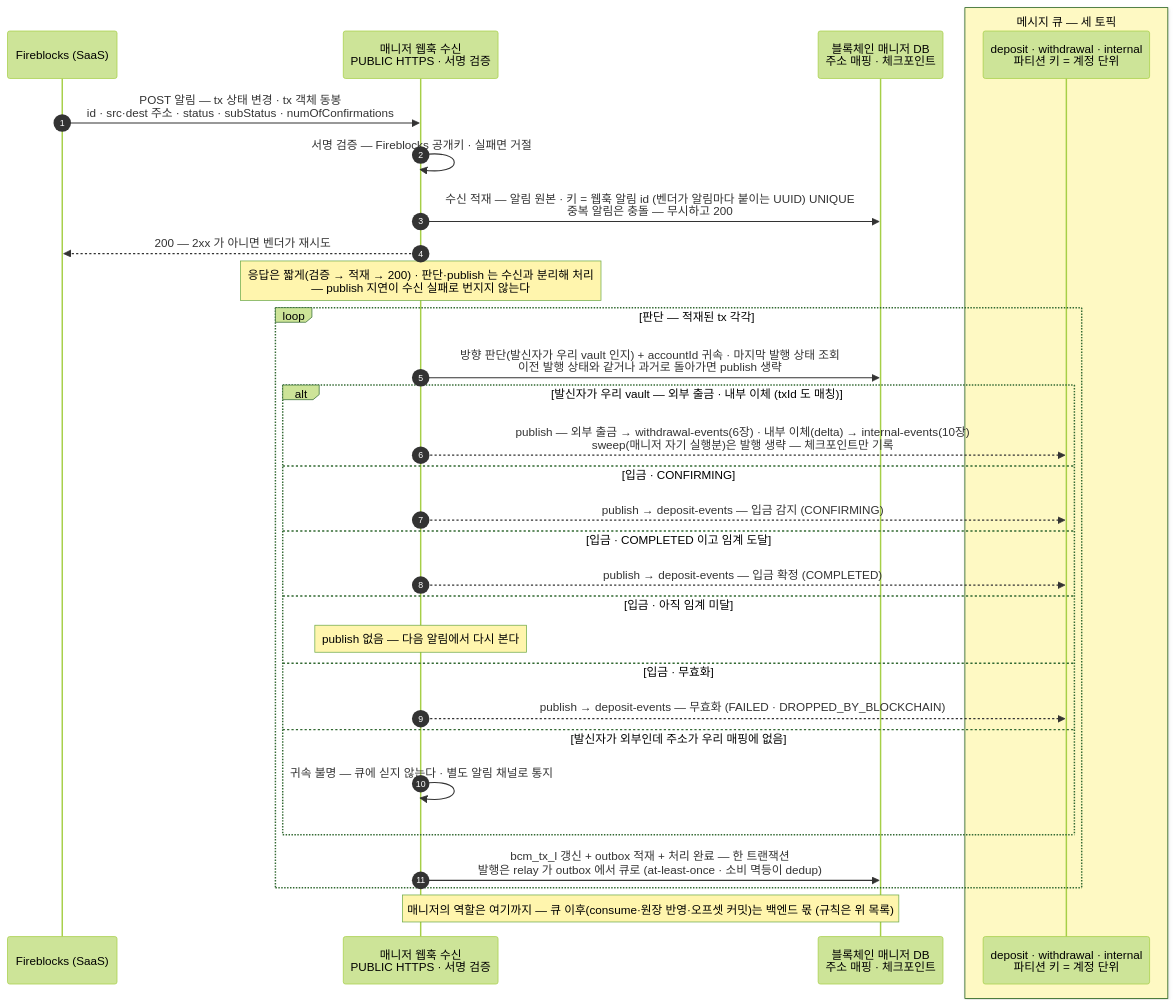
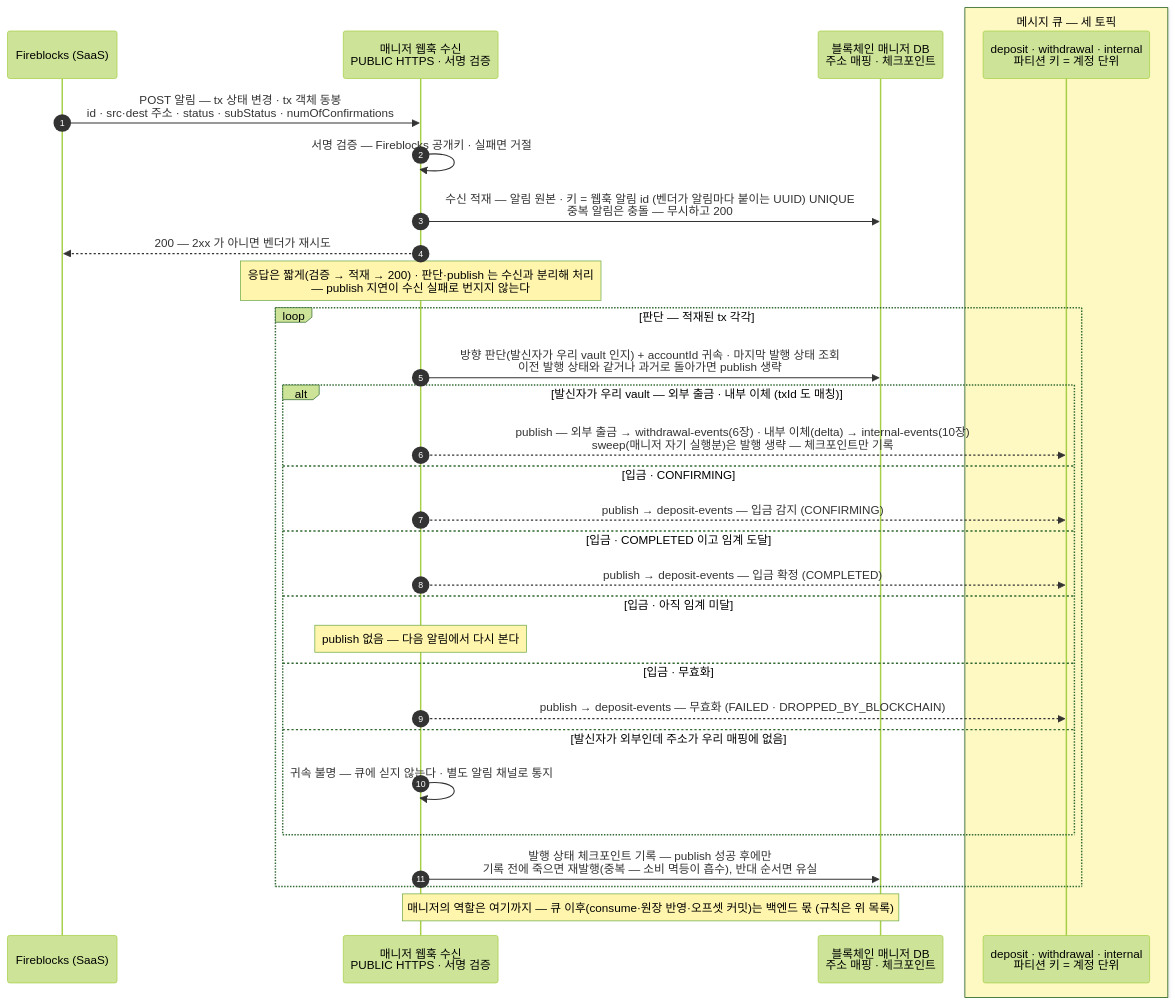
Before and after one commit to eunsujeo/eunpus: the first of 2 diagrams in blockchain-manager/docs/블록체인매니저/설계/04-detect-confirm.md, drawn with Mermaid (forest theme). The commit also changed other lines of this file and 4 other files, not shown here.

First line of the commit message:
감지 발행 단순화 — outbox·relay 제거, 워커 직접 발행(b)

````diff
--- a/blockchain-manager/docs/블록체인매니저/설계/04-detect-confirm.md
+++ b/blockchain-manager/docs/블록체인매니저/설계/04-detect-confirm.md
@@ -77,35 +77,35 @@
 ```mermaid
 sequenceDiagram
     autonumber
     participant FB as Fireblocks (SaaS)
     participant WH as 매니저 웹훅 수신<br/>PUBLIC HTTPS · 서명 검증
     participant MDB as 블록체인 매니저 DB<br/>주소 매핑 · 체크포인트
     box rgb(254,249,195) 메시지 큐 — 세 토픽
     participant MQ as deposit · withdrawal · internal<br/>파티션 키 = 계정 단위
     end
 
     FB->>WH: POST 알림 — tx 상태 변경 · tx 객체 동봉<br/>id · src·dest 주소 · status · subStatus · numOfConfirmations
     WH->>WH: 서명 검증 — Fireblocks 공개키 · 실패면 거절
     WH->>MDB: 수신 적재 — 알림 원본 · 키 = 웹훅 알림 id (벤더가 알림마다 붙이는 UUID) UNIQUE<br/>중복 알림은 충돌 — 무시하고 200
     WH-->>FB: 200 — 2xx 가 아니면 벤더가 재시도
     Note over WH: 응답은 짧게(검증 → 적재 → 200) · 판단·publish 는 수신과 분리해 처리<br/>— publish 지연이 수신 실패로 번지지 않는다
 
     loop 판단 — 적재된 tx 각각
         WH->>MDB: 방향 판단(발신자가 우리 vault 인지) + accountId 귀속 · 마지막 발행 상태 조회<br/>이전 발행 상태와 같거나 과거로 돌아가면 publish 생략
         alt 발신자가 우리 vault — 외부 출금 · 내부 이체 (txId 도 매칭)
             WH-->>MQ: publish — 외부 출금 → withdrawal-events(6장) · 내부 이체(delta) → internal-events(10장)<br/>sweep(매니저 자기 실행분)은 발행 생략 — 체크포인트만 기록
         else 입금 · CONFIRMING
             WH-->>MQ: publish → deposit-events — 입금 감지 (CONFIRMING)
         else 입금 · COMPLETED 이고 임계 도달
             WH-->>MQ: publish → deposit-events — 입금 확정 (COMPLETED)
         else 입금 · 아직 임계 미달
             Note over WH: publish 없음 — 다음 알림에서 다시 본다
         else 입금 · 무효화
             WH-->>MQ: publish → deposit-events — 무효화 (FAILED · DROPPED_BY_BLOCKCHAIN)
         else 발신자가 외부인데 주소가 우리 매핑에 없음
             WH->>WH: 귀속 불명 — 큐에 싣지 않는다 · 별도 알림 채널로 통지
         end
-        WH->>MDB: bcm_tx_l 갱신 + outbox 적재 + 처리 완료 — 한 트랜잭션<br/>발행은 relay 가 outbox 에서 큐로 (at-least-once · 소비 멱등이 dedup)
+        WH->>MDB: 발행 상태 체크포인트 기록 — publish 성공 후에만<br/>기록 전에 죽으면 재발행(중복 — 소비 멱등이 흡수), 반대 순서면 유실
     end
     Note over WH,MDB: 매니저의 역할은 여기까지 — 큐 이후(consume·원장 반영·오프셋 커밋)는 백엔드 몫 (규칙은 위 목록)
 ```
````
